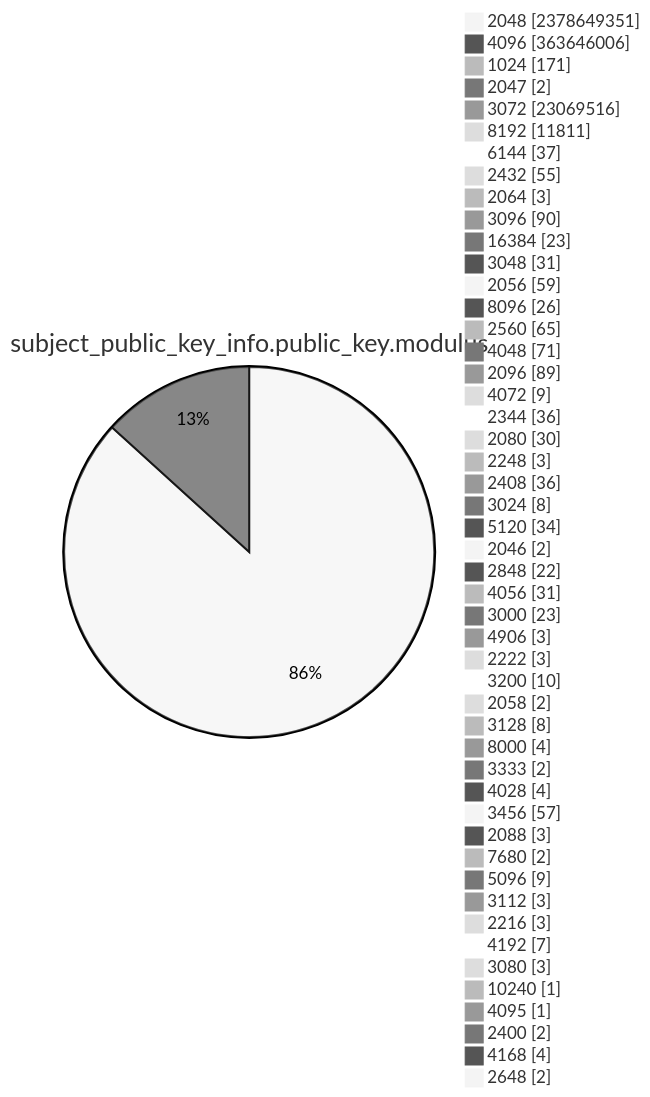
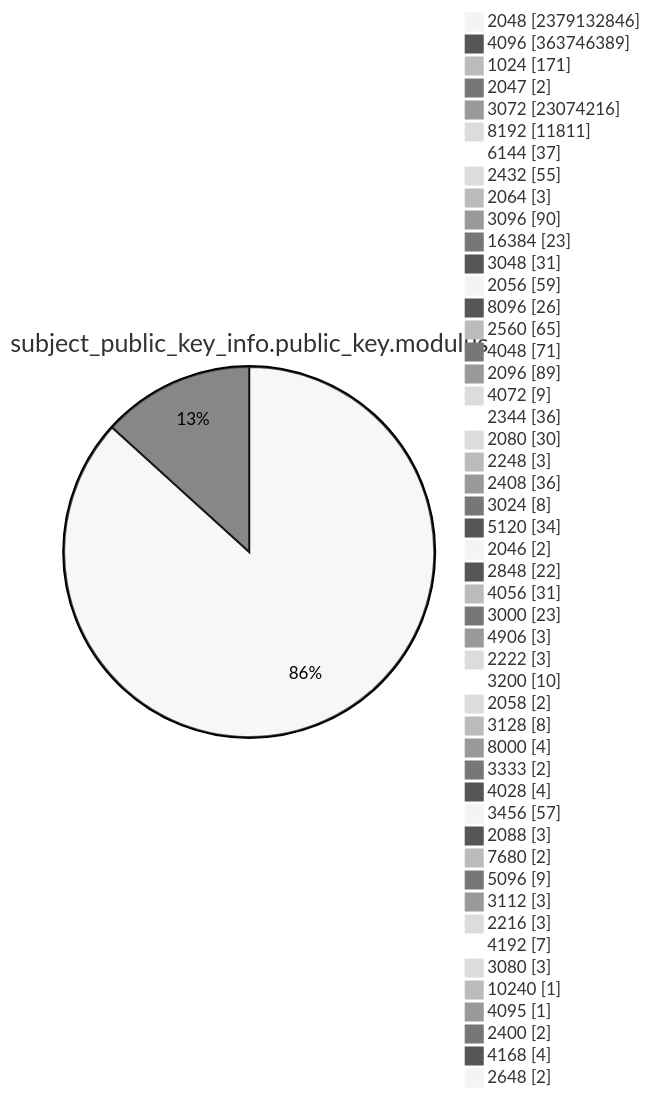
One commit to christiankrug/ctmonitor_visualization changed diagram 13 of 15 in TOTAL/README.md. Above: the diagram before and after it, drawn with Mermaid (neutral theme). The commit also changed other lines of this file, not shown here.

````diff
--- a/TOTAL/README.md
+++ b/TOTAL/README.md
@@ -4167,53 +4167,53 @@
 ```mermaid
 pie showData
 title subject_public_key_info.public_key.modulus
-"2048" :2378649351
-"4096" :363646006
+"2048" :2379132846
+"4096" :363746389
 "1024" :171
 "2047" :2
-"3072" :23069516
+"3072" :23074216
 "8192" :11811
 "6144" :37
 "2432" :55
 "2064" :3
 "3096" :90
 "16384" :23
 "3048" :31
 "2056" :59
 "8096" :26
 "2560" :65
 "4048" :71
 "2096" :89
 "4072" :9
 "2344" :36
 "2080" :30
 "2248" :3
 "2408" :36
 "3024" :8
 "5120" :34
 "2046" :2
 "2848" :22
 "4056" :31
 "3000" :23
 "4906" :3
 "2222" :3
 "3200" :10
 "2058" :2
 "3128" :8
 "8000" :4
 "3333" :2
 "4028" :4
 "3456" :57
 "2088" :3
 "7680" :2
 "5096" :9
 "3112" :3
 "2216" :3
 "4192" :7
 "3080" :3
 "10240" :1
 "4095" :1
 "2400" :2
 "4168" :4
 "2648" :2
 ```
````
